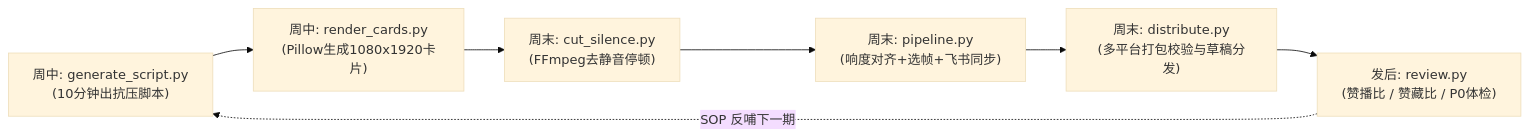
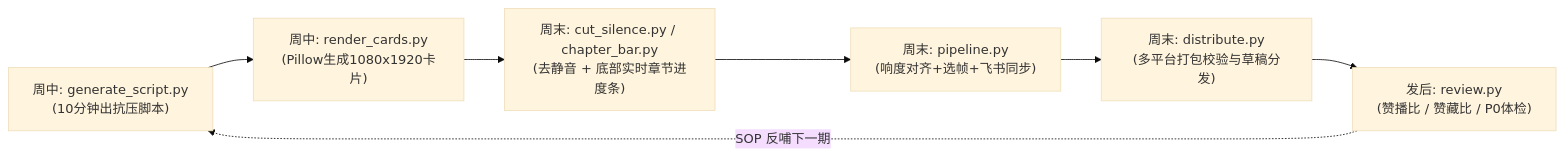
Before and after one commit to MZFL-BH/ecreator-studio: the diagram in README.md, drawn with Mermaid (base theme). The commit also changed other lines of this file, not shown here.

Commit message:
docs: document chapter_bar.py in README.md

````diff
--- a/README.md
+++ b/README.md
@@ -33,9 +33,9 @@
 ```mermaid
 flowchart LR
     A["周中: generate_script.py<br/>(10分钟出抗压脚本)"] --> B["周中: render_cards.py<br/>(Pillow生成1080x1920卡片)"]
-    B --> C["周末: cut_silence.py<br/>(FFmpeg去静音停顿)"]
+    B --> C["周末: cut_silence.py / chapter_bar.py<br/>(去静音 + 底部实时章节进度条)"]
     C --> D["周末: pipeline.py<br/>(响度对齐+选帧+飞书同步)"]
     D --> E["周末: distribute.py<br/>(多平台打包校验与草稿分发)"]
     E --> F["发后: review.py<br/>(赞播比 / 赞藏比 / P0体检)"]
     F -.->|SOP 反哺下一期| A
 ```
````
